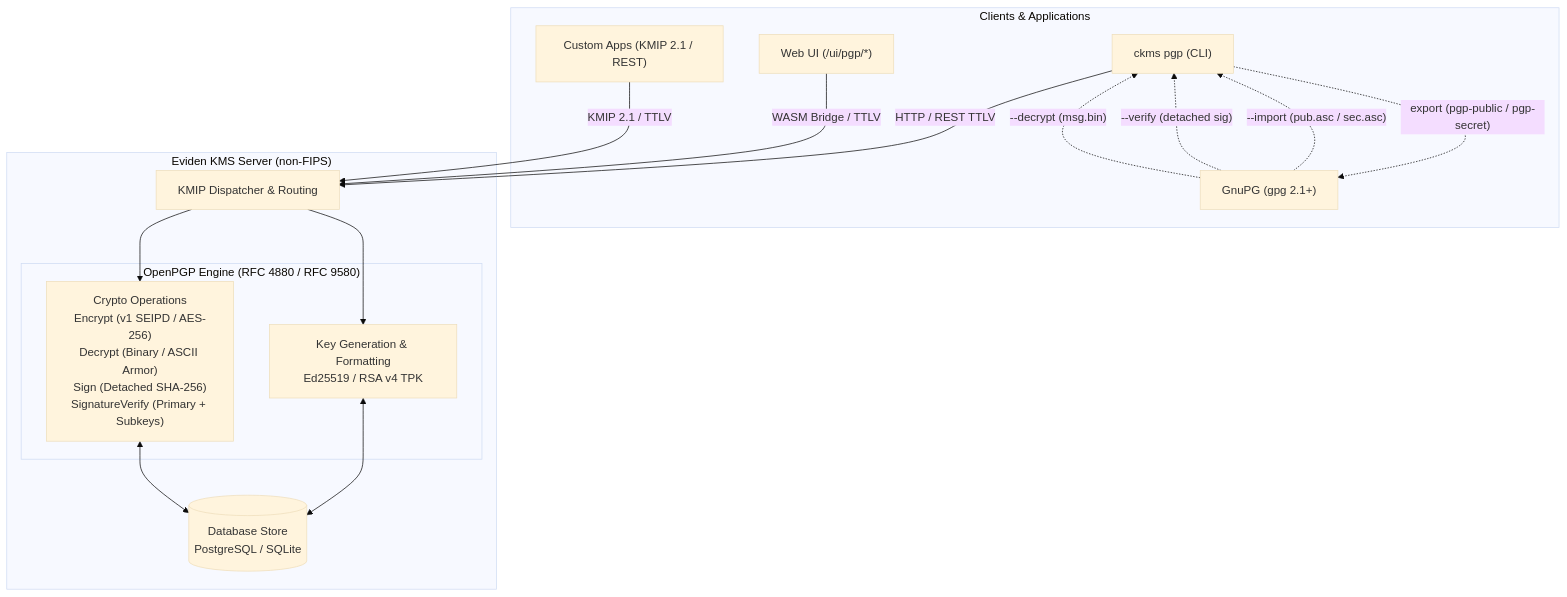
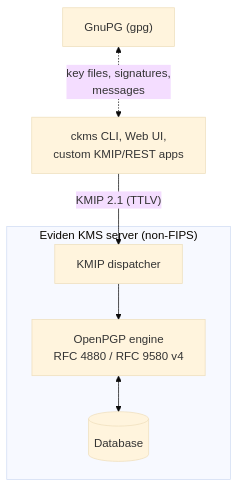
Before and after one commit to Cosmian/kms: the first of 5 diagrams in documentation/docs/integrations/gnupg/openpgp.md, drawn with Mermaid (base theme). The commit also changed other lines of this file, not shown here.

Commit message:
docs(gpg): rework the global overview and clarify the supported formats

````diff
--- a/documentation/docs/integrations/gnupg/openpgp.md
+++ b/documentation/docs/integrations/gnupg/openpgp.md
@@ -9,31 +9,15 @@
 ```mermaid
 flowchart TD
-    subgraph Clients["Clients & Applications"]
-        CLI["ckms pgp (CLI)"]
-        UI["Web UI (/ui/pgp/*)"]
-        GPG["GnuPG (gpg 2.1+)"]
-        EXT["Custom Apps (KMIP 2.1 / REST)"]
+    GPG["GnuPG (gpg)"]
+    CLIENTS["ckms CLI, Web UI,<br/>custom KMIP/REST apps"]
+    subgraph KMS["Eviden KMS server (non-FIPS)"]
+        DISPATCH["KMIP dispatcher"]
+        ENGINE["OpenPGP engine<br/>RFC 4880 / RFC 9580 v4"]
+        DB[("Database")]
     end
 
-    subgraph KMS["Eviden KMS Server (non-FIPS)"]
-        DISPATCH["KMIP Dispatcher & Routing"]
-        subgraph PGP_OPS["OpenPGP Engine (RFC 4880 / RFC 9580)"]
-            CORE["Key Generation & Formatting<br/>Ed25519 / RSA v4 TPK"]
-            CRYPTO["Crypto Operations<br/>Encrypt (v1 SEIPD / AES-256)<br/>Decrypt (Binary / ASCII Armor)<br/>Sign (Detached SHA-256)<br/>SignatureVerify (Primary + Subkeys)"]
-        end
-        DB[("Database Store<br/>PostgreSQL / SQLite")]
-    end
-
-    CLI -->|"HTTP / REST TTLV"| DISPATCH
-    UI -->|"WASM Bridge / TTLV"| DISPATCH
-    EXT -->|"KMIP 2.1 / TTLV"| DISPATCH
-    DISPATCH --> CORE
-    DISPATCH --> CRYPTO
-    CORE <--> DB
-    CRYPTO <--> DB
-
-    GPG -.->|"--import (pub.asc / sec.asc)"| CLI
-    GPG -.->|"--verify (detached sig)"| CLI
-    CLI -.->|"export (pgp-public / pgp-secret)"| GPG
-    GPG -.->|"--decrypt (msg.bin)"| CLI
+    GPG <-.->|"key files, signatures,<br/>messages"| CLIENTS
+    CLIENTS -->|"KMIP 2.1 (TTLV)"| DISPATCH
+    DISPATCH --> ENGINE
+    ENGINE <--> DB
 ```
````
